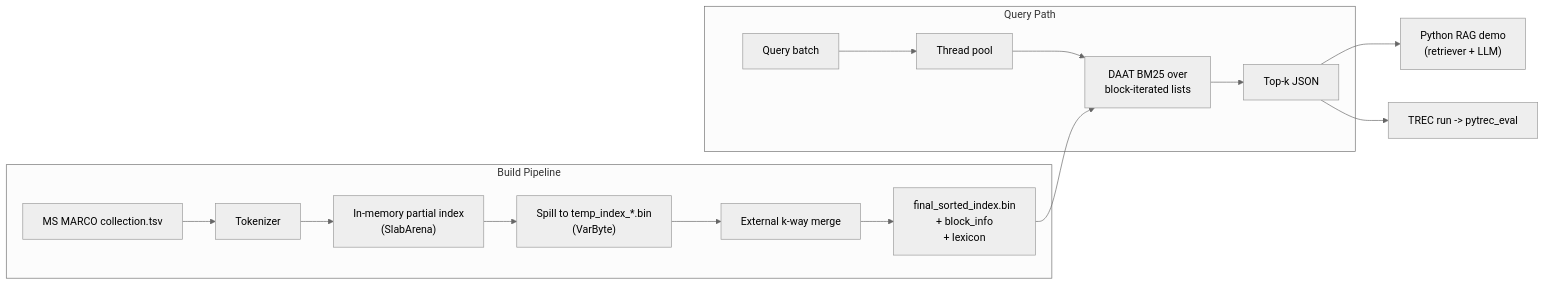
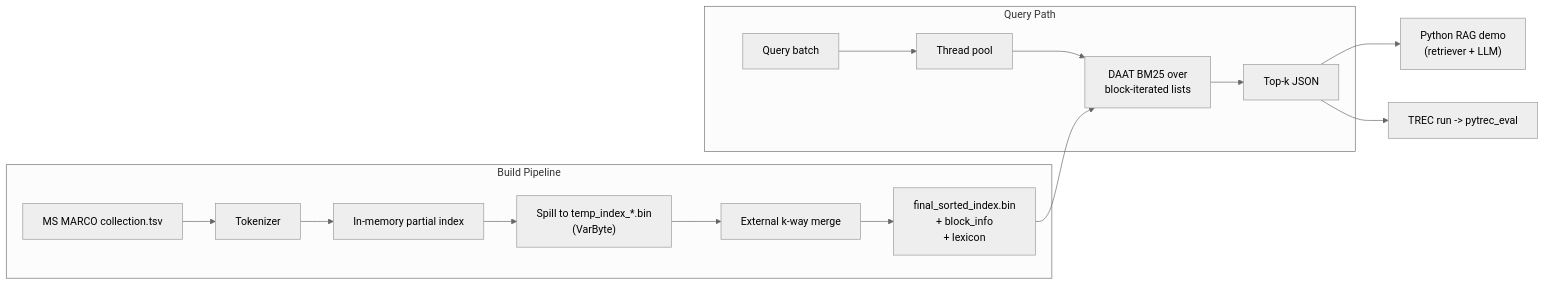
The diagram in README.md (YZCUS/msmarco-bm25-search-engine), drawn with Mermaid (neutral theme) before and after one commit. The commit also changed other lines of this file and 2 other files, not shown here.

````diff
--- a/README.md
+++ b/README.md
@@ -74,18 +71,18 @@
 ```mermaid
 flowchart LR
     subgraph Build [Build Pipeline]
         TarGz["MS MARCO collection.tsv"] --> Tokenizer
-        Tokenizer --> InMem["In-memory partial index<br/>(SlabArena)"]
+        Tokenizer --> InMem["In-memory partial index"]
         InMem --> Spill["Spill to temp_index_*.bin<br/>(VarByte)"]
         Spill --> Merge["External k-way merge"]
         Merge --> Final["final_sorted_index.bin<br/>+ block_info<br/>+ lexicon"]
     end
     subgraph Query [Query Path]
         Q["Query batch"] --> Pool["Thread pool"]
         Pool --> DAAT["DAAT BM25 over<br/>block-iterated lists"]
         DAAT --> TopK["Top-k JSON"]
     end
     Final --> DAAT
     TopK --> RAG["Python RAG demo<br/>(retriever + LLM)"]
     TopK --> Eval["TREC run -> pytrec_eval"]
 ```
````
